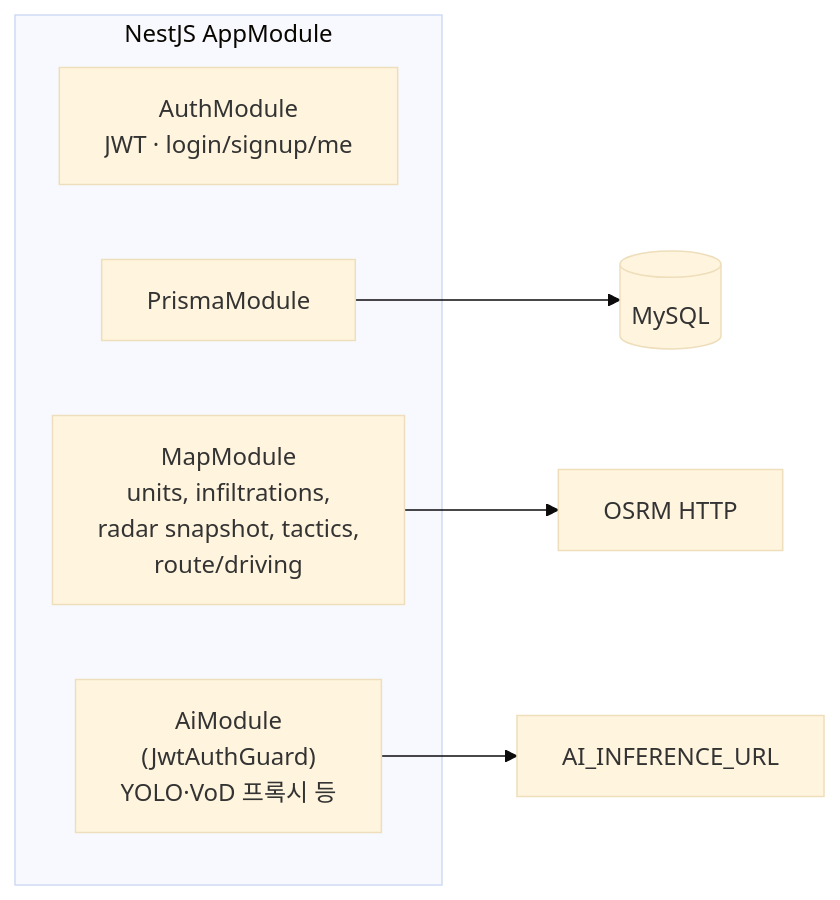
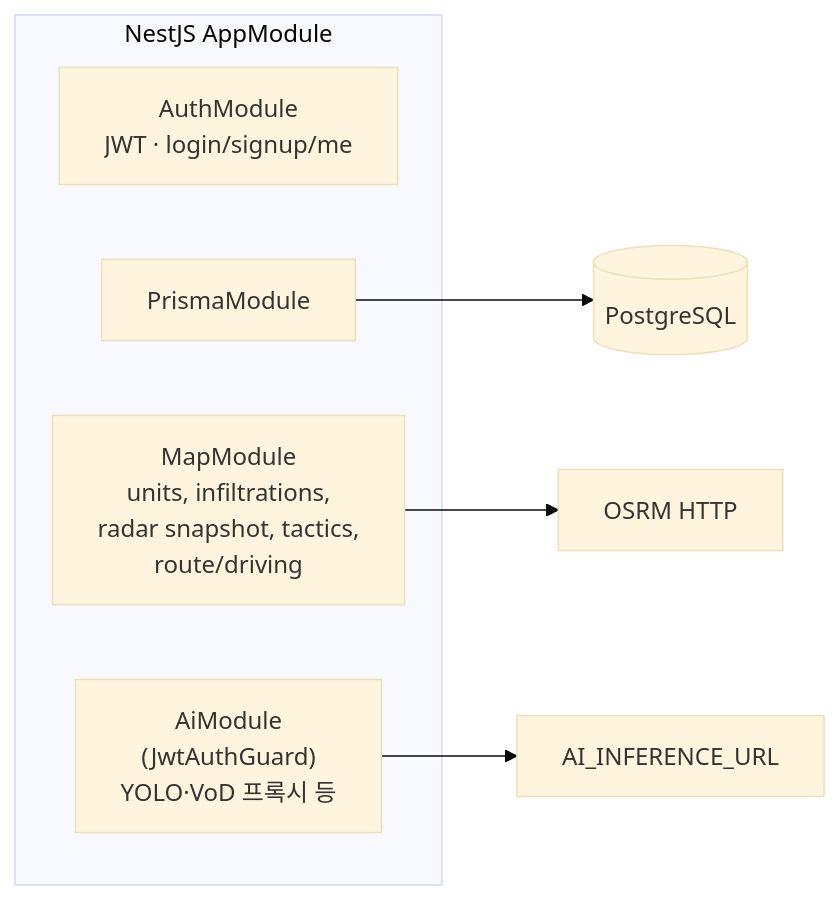
Before and after one commit to pbzz1/hanhwa_final: the second of 6 diagrams in docs/ARCHITECTURE.md, drawn with Mermaid (base theme). The commit also changed other lines of this file and 19 other files, not shown here.

First line of the commit message:
chore: Vercel·Render 배포 설정 및 Prisma PostgreSQL 전환

````diff
--- a/docs/ARCHITECTURE.md
+++ b/docs/ARCHITECTURE.md
@@ -56,13 +56,13 @@
 ```mermaid
 flowchart LR
   subgraph NestApp["NestJS AppModule"]
     Auth["AuthModule\nJWT · login/signup/me"]
     PrismaM["PrismaModule"]
     MapM["MapModule\nunits, infiltrations,\nradar snapshot, tactics,\nroute/driving"]
     AiM["AiModule\n(JwtAuthGuard)\nYOLO·VoD 프록시 등"]
   end
 
-  PrismaM --> DB[("MySQL")]
+  PrismaM --> DB[("PostgreSQL")]
   MapM --> OSRM["OSRM HTTP"]
   AiM --> PyAI["AI_INFERENCE_URL"]
 ```
````
